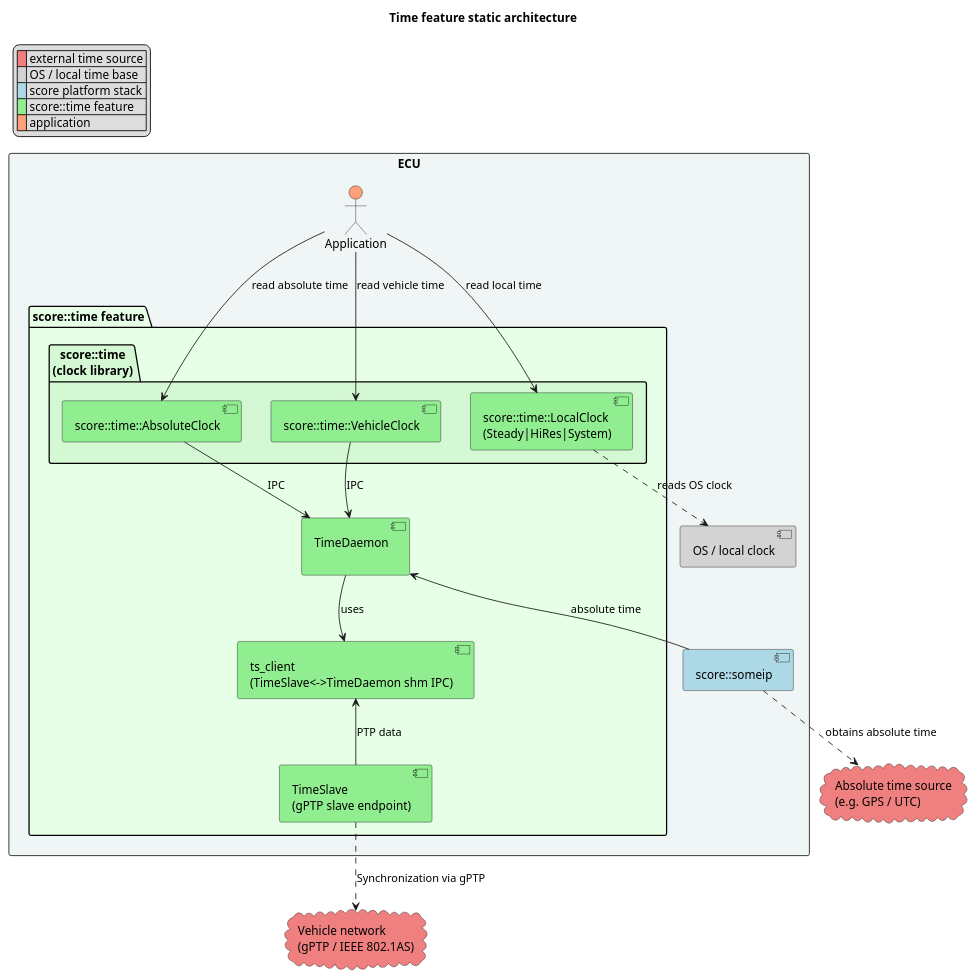
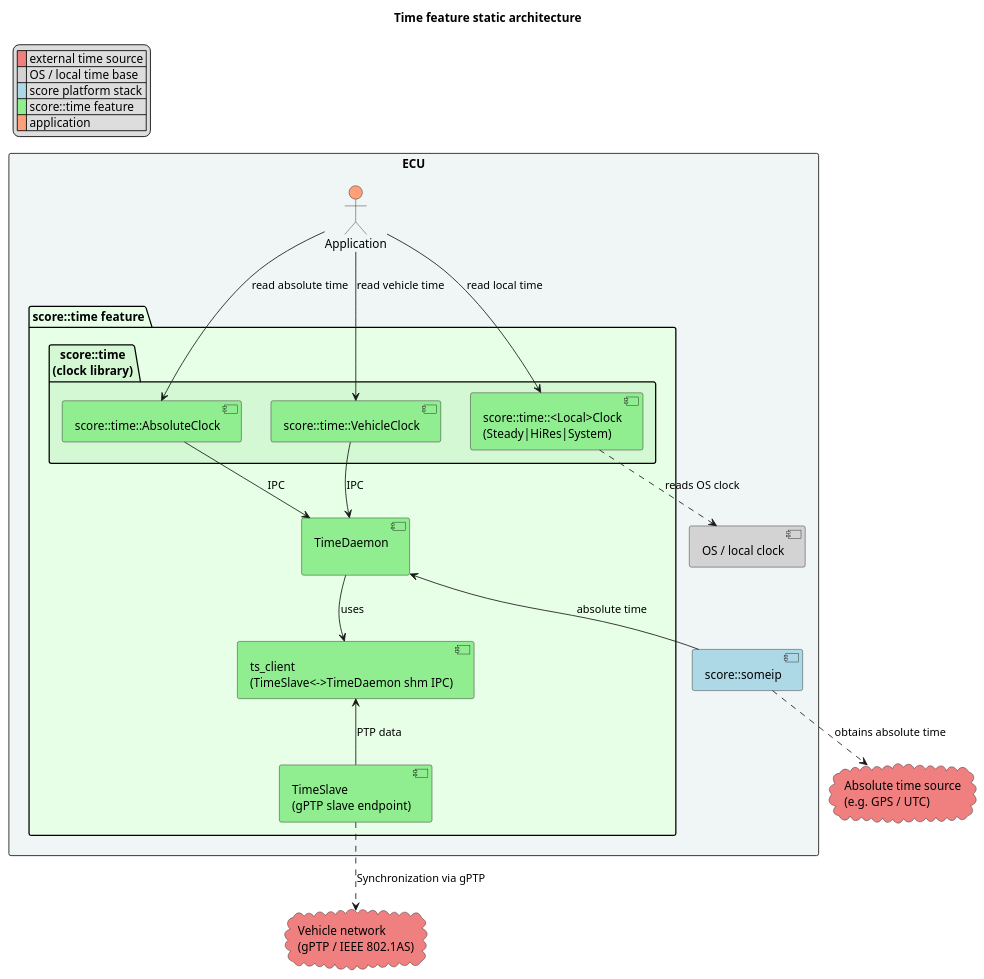
The diagram in docs/features/architecture/_assets/static_arch.puml (eclipse-score/time), drawn with PlantUML before and after one commit. The commit also changed 5 other files, not shown here.

```diff
--- a/docs/features/architecture/_assets/static_arch.puml
+++ b/docs/features/architecture/_assets/static_arch.puml
@@ -14,49 +14,49 @@
 @startuml
 
 title Time feature static architecture
 
 legend top left
 | <#LightCoral>  | external time source |
 | <#LightGrey>   | OS / local time base |
 | <#LightBlue>   | score platform stack |
 | <#LightGreen>  | score::time feature  |
 | <#LightSalmon> | application          |
 endlegend
 
 rectangle "ECU" #f0f5f5 {
   actor "Application" as user #LightSalmon
 
   package "score::time feature" #e6ffe6 {
     package "score::time\n(clock library)" #d4f7d4 {
       component "score::time::VehicleClock" as veh_clock_api #LightGreen
-      component "score::time::LocalClock\n(Steady|HiRes|System)" as local_clock_api #LightGreen
+      component "score::time::<Local>Clock\n(Steady|HiRes|System)" as local_clock_api #LightGreen
       component "score::time::AbsoluteClock" as abs_clock_api #LightGreen
     }
     component "ts_client\n(TimeSlave<->TimeDaemon shm IPC)" as time_slave_client #LightGreen
     component "TimeDaemon\n" as time_daemon #LightGreen
     component "TimeSlave\n(gPTP slave endpoint)" as time_slave #LightGreen
   }
 
   component "score::someip" as score_someip #LightBlue
   component "OS / local clock" as os #LightGrey
 }
 
 cloud "Vehicle network\n(gPTP / IEEE 802.1AS)" as veh_net #LightCoral
 cloud "Absolute time source\n(e.g. GPS / UTC)" as abs_master #LightCoral
 
 user --> veh_clock_api : read vehicle time
 user --> local_clock_api : read local time
 user --> abs_clock_api : read absolute time
 
 veh_clock_api --> time_daemon : IPC
 abs_clock_api --> time_daemon : IPC
 time_daemon --> time_slave_client : uses
 time_slave_client <-- time_slave : PTP data
 time_slave ..> veh_net : Synchronization via gPTP
 
 time_daemon <-- score_someip : absolute time
 score_someip ..> abs_master : obtains absolute time
 
 local_clock_api ..> os : reads OS clock
 
 @enduml
```
